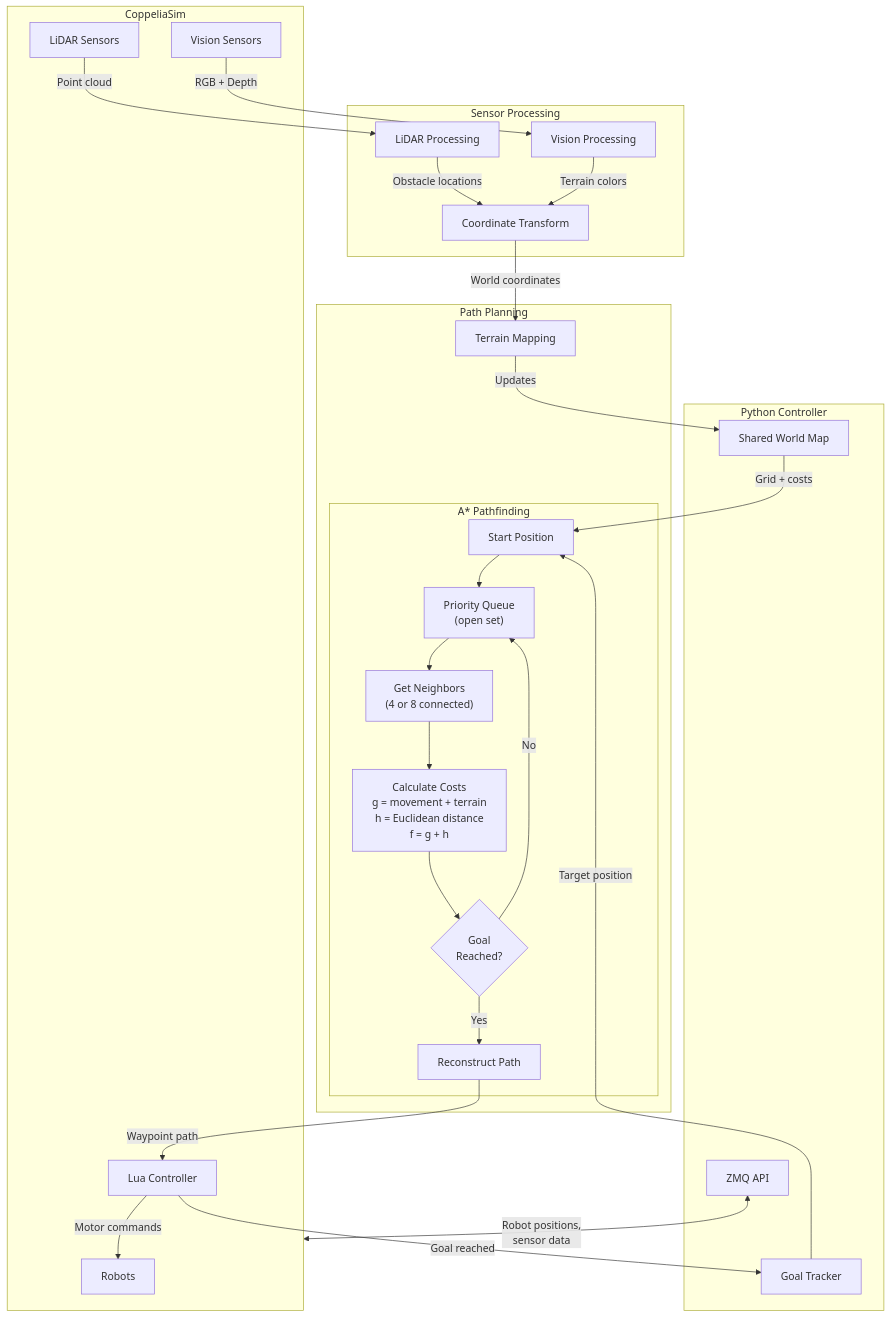
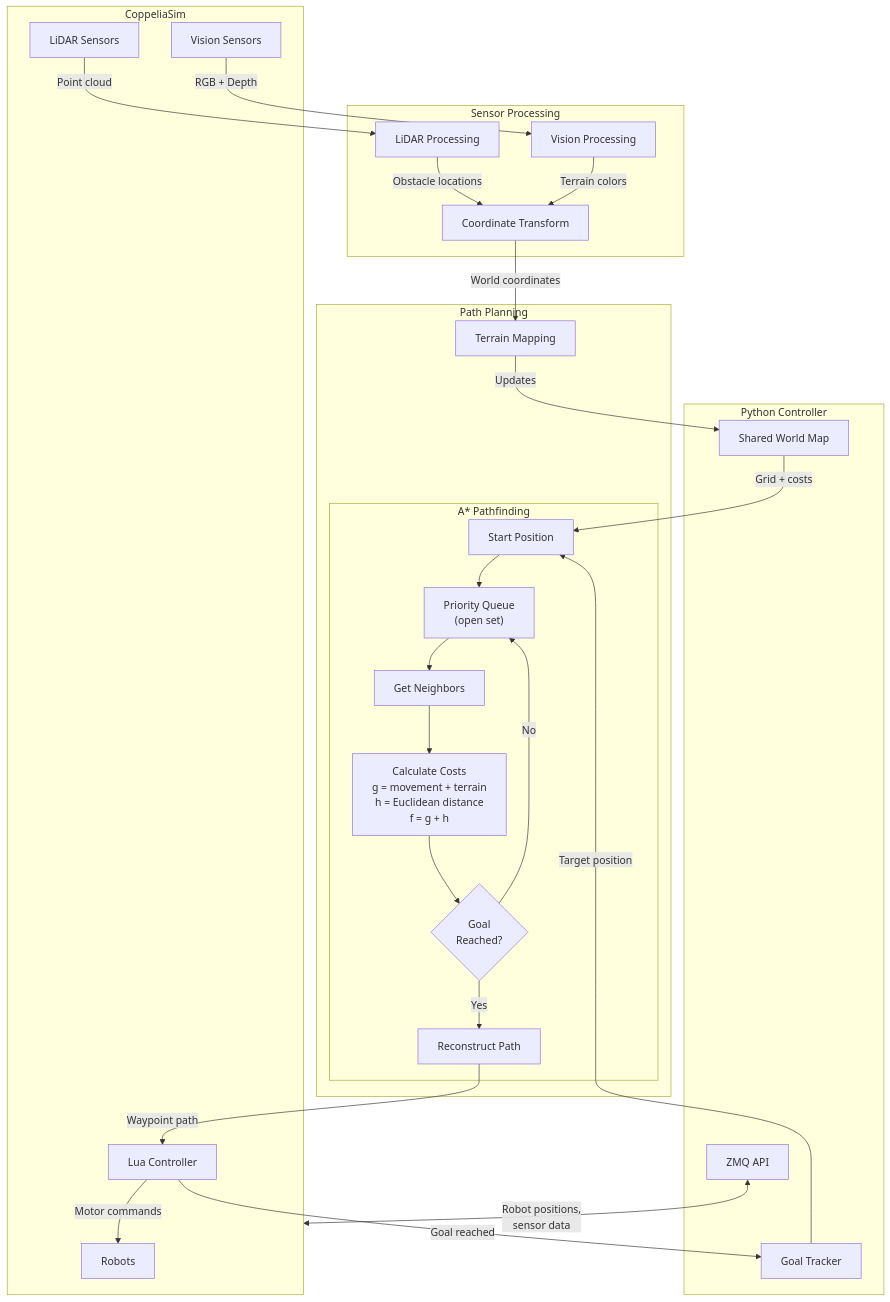
One commit to YieumYoon/ecse275-final-astar-search changed the diagram in README.md. Above: the diagram before and after it, drawn with Mermaid.

````diff
--- a/README.md
+++ b/README.md
@@ -204,59 +204,59 @@
 ```mermaid
 flowchart TB
     subgraph CoppeliaSim["CoppeliaSim"]
         Robots["Robots"]
         LiDAR["LiDAR Sensors"]
         Vision["Vision Sensors"]
         LuaCtrl["Lua Controller"]
     end
 
     subgraph Python["Python Controller"]
         ZMQ["ZMQ API"]
         SharedMap["Shared World Map"]
         GoalTracker["Goal Tracker"]
     end
 
     subgraph Sensing["Sensor Processing"]
         LiDARProc["LiDAR Processing"]
         VisionProc["Vision Processing"]
         CoordTrans["Coordinate Transform"]
     end
 
     subgraph Planning["Path Planning"]
         TerrainMap["Terrain Mapping"]
         subgraph AStarDetail["A* Pathfinding"]
             Start["Start Position"]
             OpenSet["Priority Queue<br/>(open set)"]
-            GetNeighbors["Get Neighbors<br/>(4 or 8 connected)"]
+            GetNeighbors["Get Neighbors"]
             CalcCost["Calculate Costs<br/>g = movement + terrain<br/>h = Euclidean distance<br/>f = g + h"]
             CheckGoal{"Goal<br/>Reached?"}
             PathFound["Reconstruct Path"]
         end
     end
 
     %% Connections
     ZMQ <-->|"Robot positions,<br/>sensor data"| CoppeliaSim
 
     LiDAR -->|"Point cloud"| LiDARProc
     Vision -->|"RGB + Depth"| VisionProc
 
     LiDARProc -->|"Obstacle locations"| CoordTrans
     VisionProc -->|"Terrain colors"| CoordTrans
     CoordTrans -->|"World coordinates"| TerrainMap
 
     TerrainMap -->|"Updates"| SharedMap
     SharedMap -->|"Grid + costs"| Start
     GoalTracker -->|"Target position"| Start
 
     %% A* internal flow
     Start --> OpenSet
     OpenSet --> GetNeighbors
     GetNeighbors --> CalcCost
     CalcCost --> CheckGoal
     CheckGoal -->|"No"| OpenSet
     CheckGoal -->|"Yes"| PathFound
 
     PathFound -->|"Waypoint path"| LuaCtrl
     LuaCtrl -->|"Motor commands"| Robots
     LuaCtrl -->|"Goal reached"| GoalTracker
 ```
````
